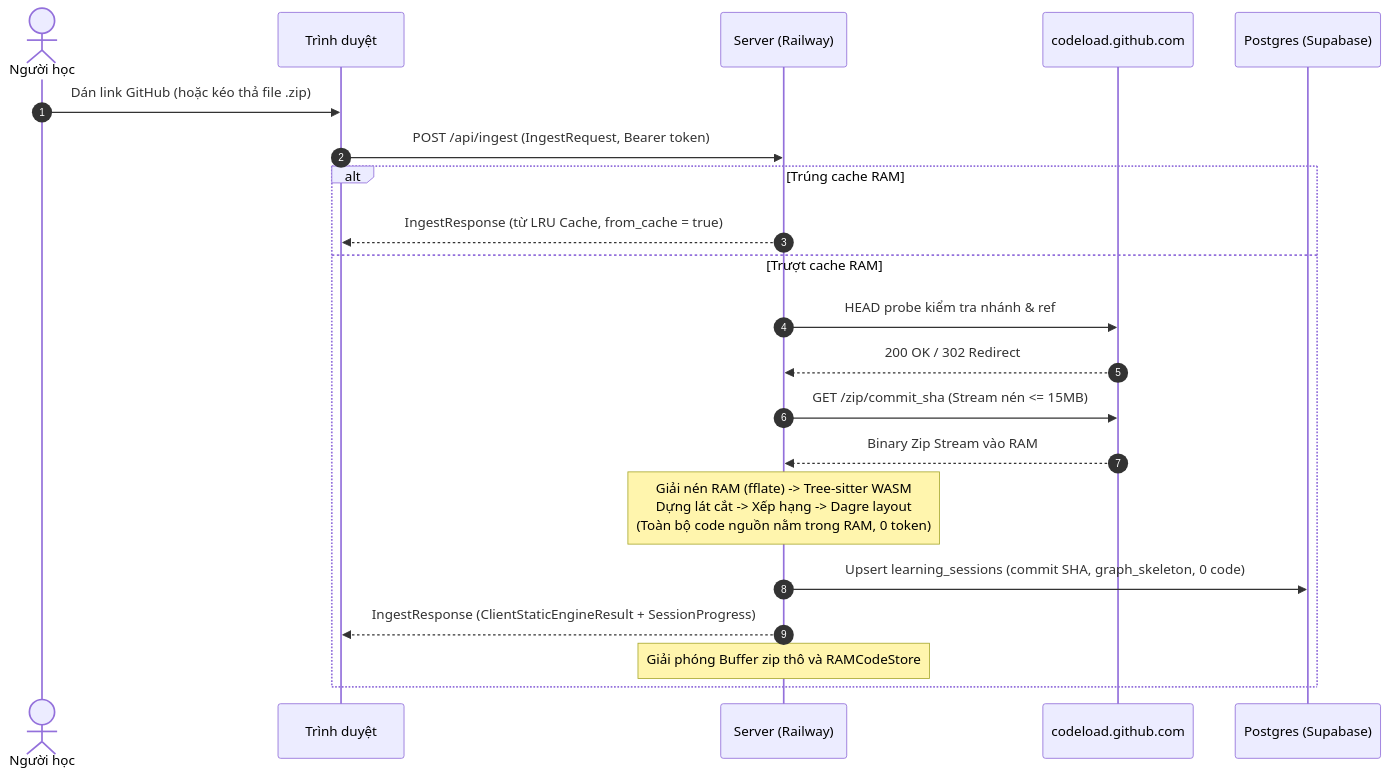
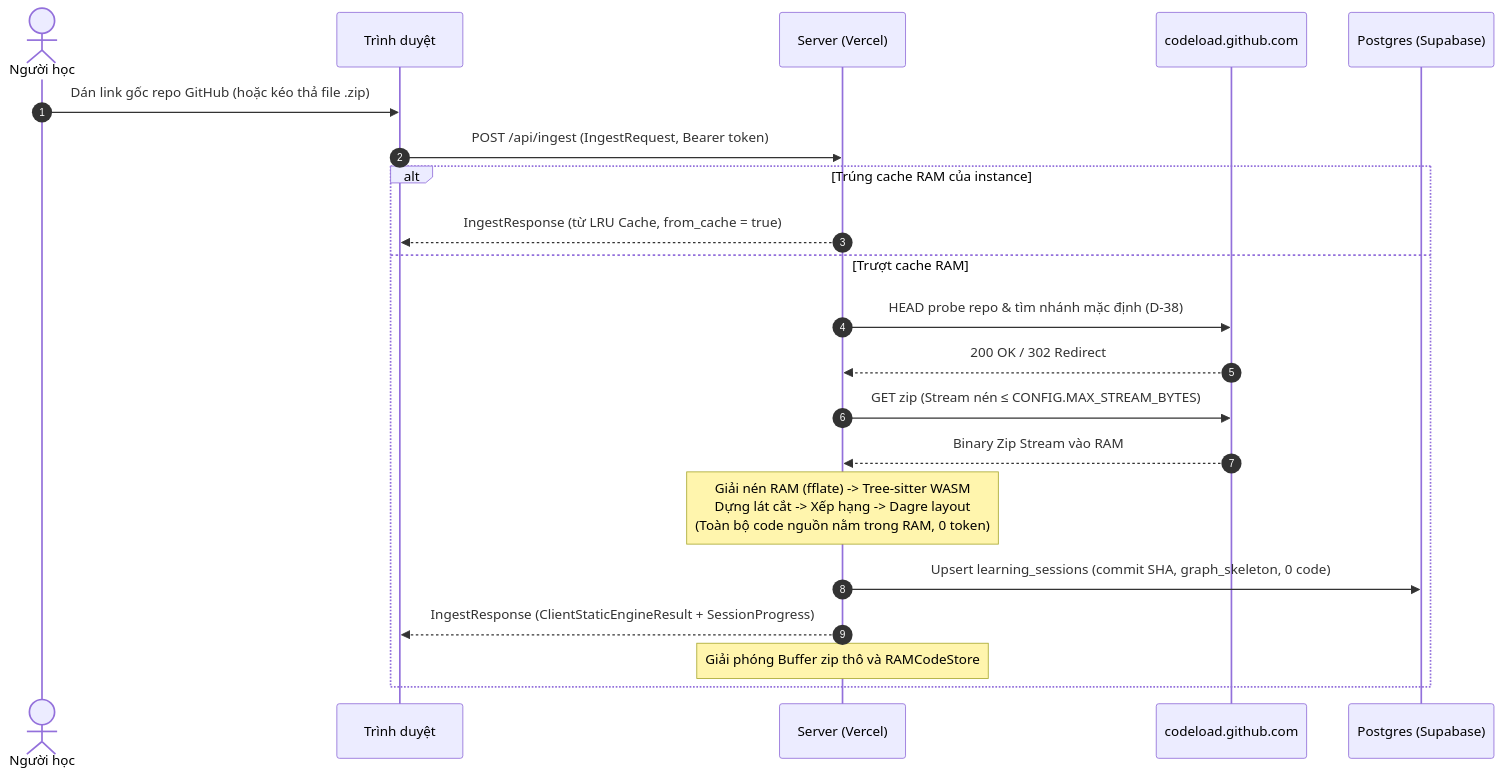
Before and after one commit to huynhthanhnhannnh-pixel/Hackathon_SGU: the fourth of 6 diagrams in spec/04_KIEN_TRUC_TRIEN_KHAI.md, drawn with Mermaid. The commit also changed other lines of this file and 10 other files, not shown here.

````diff
--- a/spec/04_KIEN_TRUC_TRIEN_KHAI.md
+++ b/spec/04_KIEN_TRUC_TRIEN_KHAI.md
@@ -132,24 +133,24 @@
 ```mermaid
 sequenceDiagram
     autonumber
     actor U as Người học
     participant FE as Trình duyệt
-    participant BE as Server (Railway)
+    participant BE as Server (Vercel)
     participant GH as codeload.github.com
     participant DB as Postgres (Supabase)
 
-    U->>FE: Dán link GitHub (hoặc kéo thả file .zip)
+    U->>FE: Dán link gốc repo GitHub (hoặc kéo thả file .zip)
     FE->>BE: POST /api/ingest (IngestRequest, Bearer token)
-    alt Trúng cache RAM
+    alt Trúng cache RAM của instance
         BE-->>FE: IngestResponse (từ LRU Cache, from_cache = true)
     else Trượt cache RAM
-        BE->>GH: HEAD probe kiểm tra nhánh & ref
+        BE->>GH: HEAD probe repo & tìm nhánh mặc định (D-38)
         GH-->>BE: 200 OK / 302 Redirect
-        BE->>GH: GET /zip/commit_sha (Stream nén <= 15MB)
+        BE->>GH: GET zip (Stream nén ≤ CONFIG.MAX_STREAM_BYTES)
         GH-->>BE: Binary Zip Stream vào RAM
         Note over BE: Giải nén RAM (fflate) -> Tree-sitter WASM<br/>Dựng lát cắt -> Xếp hạng -> Dagre layout<br/>(Toàn bộ code nguồn nằm trong RAM, 0 token)
         BE->>DB: Upsert learning_sessions (commit SHA, graph_skeleton, 0 code)
         BE-->>FE: IngestResponse (ClientStaticEngineResult + SessionProgress)
         Note over BE: Giải phóng Buffer zip thô và RAMCodeStore
     end
 ```
````
